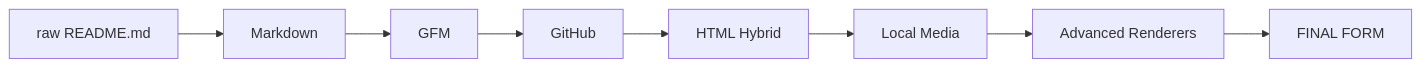
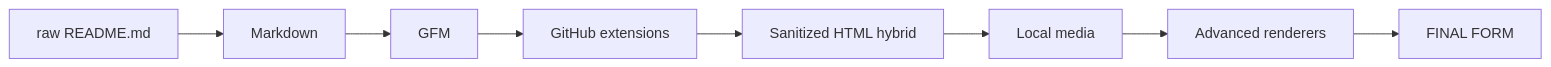
One commit to thiepn/markdown changed the first of 3 diagrams in README.md. Above: the diagram before and after it, drawn with Mermaid. The commit also changed other lines of this file, not shown here.

Commit message:
docs: exhaust HTML hybrid and details interface system

````diff
--- a/README.md
+++ b/README.md
@@ -77,10 +78,10 @@
 ```mermaid
 flowchart LR
     A[raw README.md] --> B[Markdown]
     B --> C[GFM]
-    C --> D[GitHub]
-    D --> E[HTML Hybrid]
-    E --> F[Local Media]
-    F --> G[Advanced Renderers]
+    C --> D[GitHub extensions]
+    D --> E[Sanitized HTML hybrid]
+    E --> F[Local media]
+    F --> G[Advanced renderers]
     G --> H[FINAL FORM]
 ```
````
